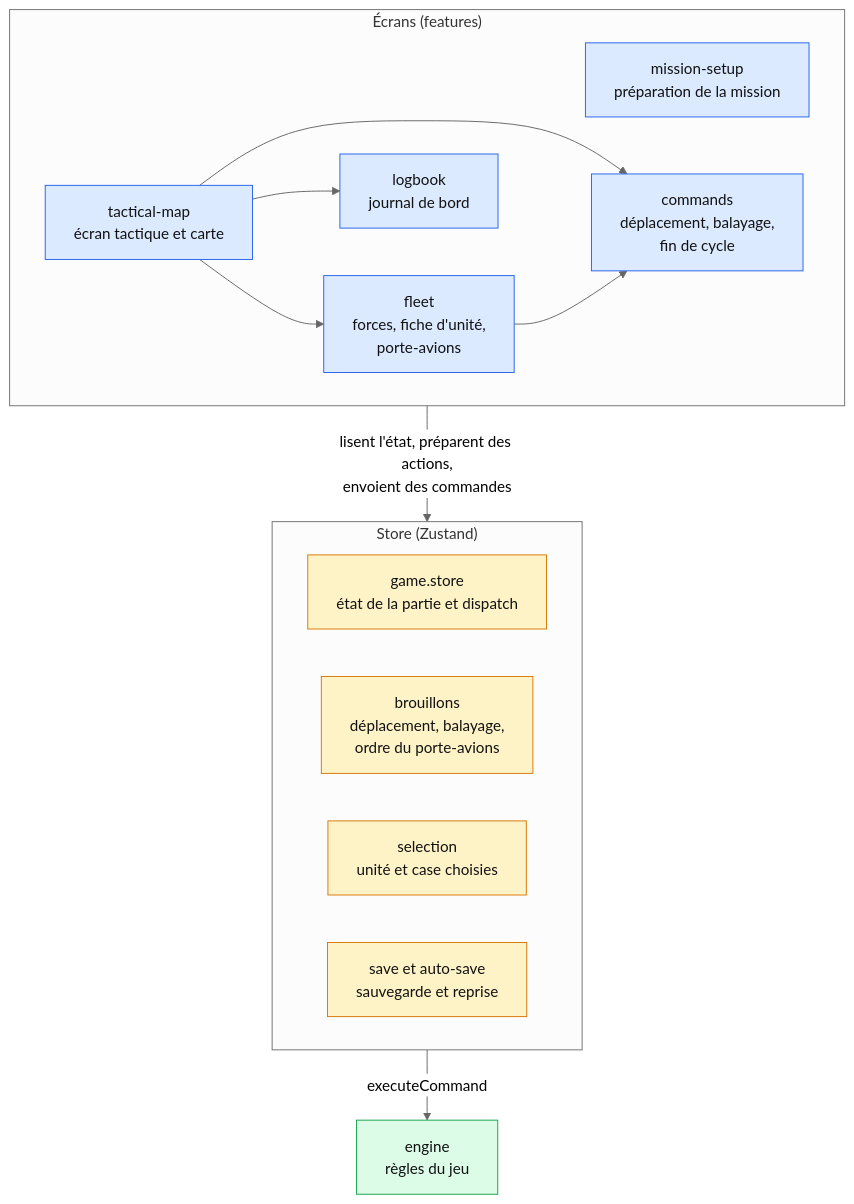
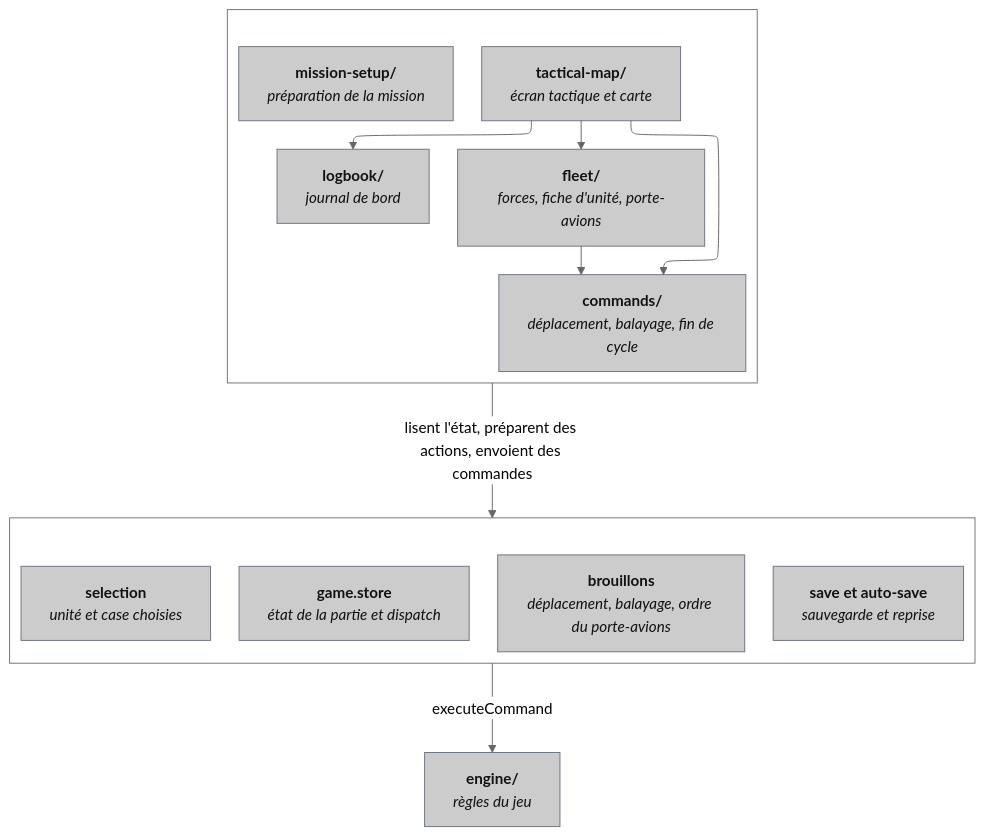
One commit to peangoulvant/Tacticoop changed the diagram in docs/diagrams/07-interface.md. Above: the diagram before and after it, drawn with Mermaid (neutral theme). The commit also changed 8 other files, not shown here.

First line of the commit message:
Diagrammes : style gris uni, libellés nom en gras et explication en italique, disposition ELK (d'après 01-architecture)

````diff
--- a/docs/diagrams/07-interface.md
+++ b/docs/diagrams/07-interface.md
@@ -5,30 +5,36 @@
 ```mermaid
+---
+config:
+  layout: elk
+---
 flowchart TB
-    subgraph features["Écrans (features)"]
-        setup["mission-setup<br/>préparation de la mission"]:::ui
-        tactique["tactical-map<br/>écran tactique et carte"]:::ui
-        flotte["fleet<br/>forces, fiche d'unité,<br/>porte-avions"]:::ui
-        commandes["commands<br/>déplacement, balayage,<br/>fin de cycle"]:::ui
-        journal["logbook<br/>journal de bord"]:::ui
+    subgraph features["`**Écrans (features/)**`"]
+        setup["`**mission-setup/**<br>*préparation de la mission*`"]:::ui
+        tactique["`**tactical-map/**<br>*écran tactique et carte*`"]:::ui
+        flotte["`**fleet/**<br>*forces, fiche d'unité, porte-avions*`"]:::ui
+        commandes["`**commands/**<br>*déplacement, balayage, fin de cycle*`"]:::ui
+        journal["`**logbook/**<br>*journal de bord*`"]:::ui
         tactique --> flotte
         tactique --> commandes
         tactique --> journal
         flotte --> commandes
     end
 
-    subgraph store["Store (Zustand)"]
-        jeu["game.store<br/>état de la partie et dispatch"]:::state
-        brouillons["brouillons<br/>déplacement, balayage,<br/>ordre du porte-avions"]:::state
-        selection["selection<br/>unité et case choisies"]:::state
-        sauvegarde["save et auto-save<br/>sauvegarde et reprise"]:::state
+    subgraph store["`**Store (store/, Zustand)**`"]
+        jeu["`**game.store**<br>*état de la partie et dispatch*`"]:::ui
+        brouillons["`**brouillons**<br>*déplacement, balayage, ordre du porte-avions*`"]:::ui
+        selection["`**selection**<br>*unité et case choisies*`"]:::ui
+        sauvegarde["`**save et auto-save**<br>*sauvegarde et reprise*`"]:::ui
     end
 
-    moteur["engine<br/>règles du jeu"]:::core
+    moteur["`**engine/**<br>*règles du jeu*`"]:::ui
 
-    features -->|"lisent l'état, préparent des actions,<br/>envoient des commandes"| store
+    features -->|"lisent l'état, préparent des actions, envoient des commandes"| store
     store -->|"executeCommand"| moteur
 
-    classDef ui fill:#dbeafe,stroke:#2563eb,color:#111
-    classDef state fill:#fef3c7,stroke:#d97706,color:#111
-    classDef core fill:#dcfce7,stroke:#16a34a,color:#111
+    style features stroke:#fffff,fill:transparent,color:#ffffff
+    style store stroke:#fffff,fill:transparent,color:#ffffff
+
+    classDef ui fill:#cccccc,stroke:#6b7280,color:#111
+    classDef ext fill:#f3f4f6,stroke:#6b7280,color:#111
 ```
````
